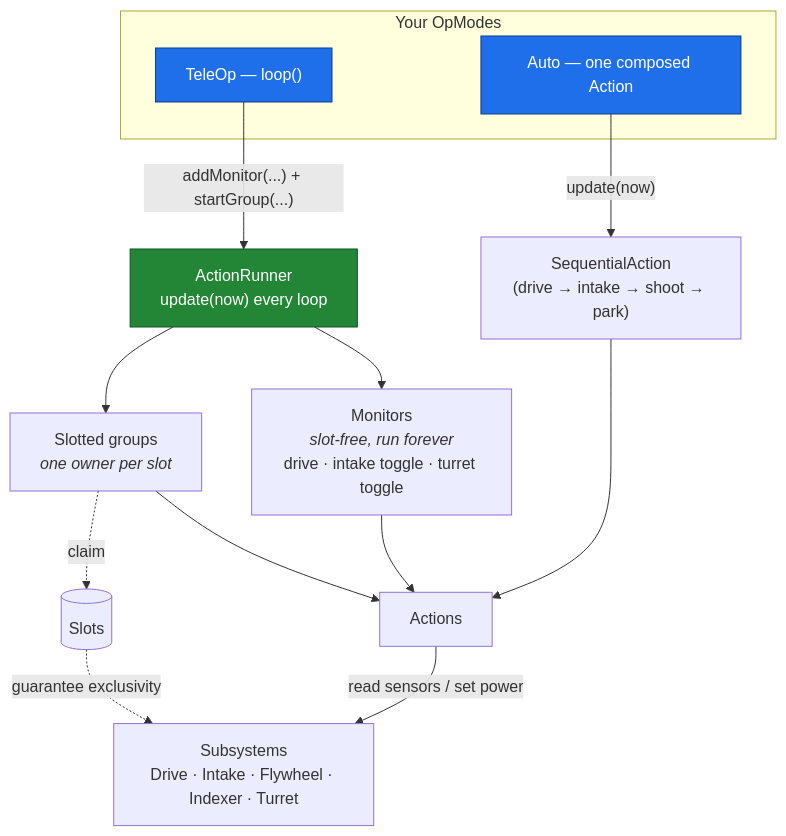
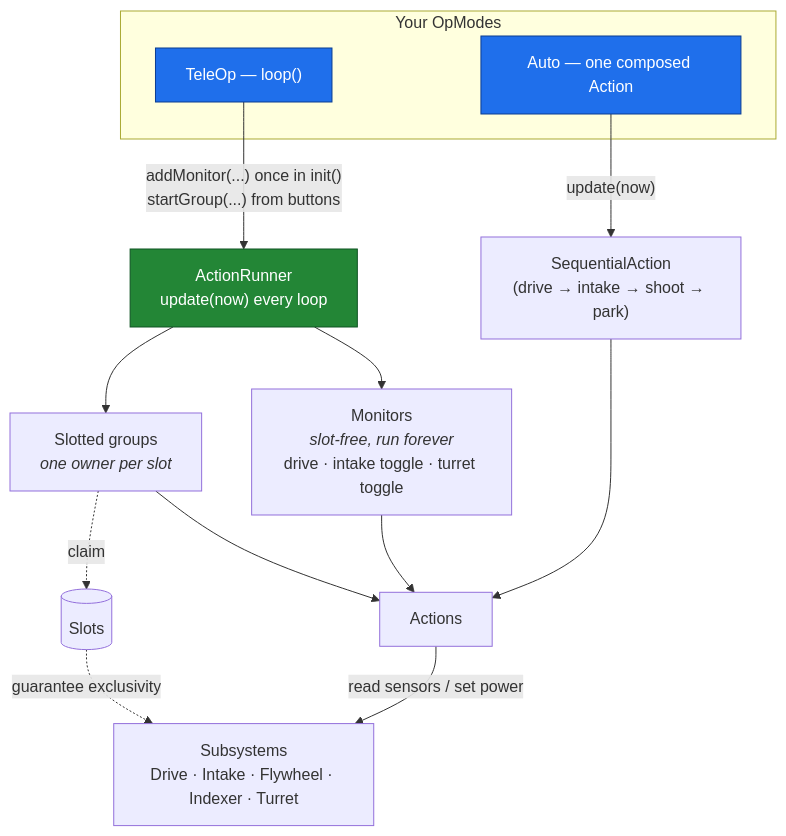
Before and after one commit to cstahie/defined: the seventh of 11 diagrams in README.md, drawn with Mermaid. The commit also changed other lines of this file and 6 other files, not shown here.

````diff
--- a/README.md
+++ b/README.md
@@ -190,28 +203,28 @@
 ```mermaid
 flowchart TD
     subgraph op["Your OpModes"]
         TELE["TeleOp — loop()"]
         AUTO["Auto — one composed Action"]
     end
 
-    TELE -->|"addMonitor(...) + startGroup(...)"| RUN
+    TELE -->|"addMonitor(...) once in init()<br/>startGroup(...) from buttons"| RUN
     AUTO -->|"update(now)"| SEQ["SequentialAction<br/>(drive → intake → shoot → park)"]
 
     RUN["ActionRunner<br/>update(now) every loop"]
     RUN --> MON["Monitors<br/><i>slot-free, run forever</i><br/>drive · intake toggle · turret toggle"]
     RUN --> GRP["Slotted groups<br/><i>one owner per slot</i>"]
 
     MON --> ACT["Actions"]
     GRP --> ACT
     SEQ --> ACT
 
     ACT -->|"read sensors / set power"| SUB["Subsystems<br/>Drive · Intake · Flywheel · Indexer · Turret"]
 
     GRP -. "claim" .-> SLOTS[("Slots")]
     SLOTS -. "guarantee exclusivity" .-> SUB
 
     classDef om fill:#1f6feb,stroke:#0b3d91,color:#fff;
     classDef run fill:#238636,stroke:#0f5323,color:#fff;
     class TELE,AUTO om;
     class RUN run;
 ```
````
